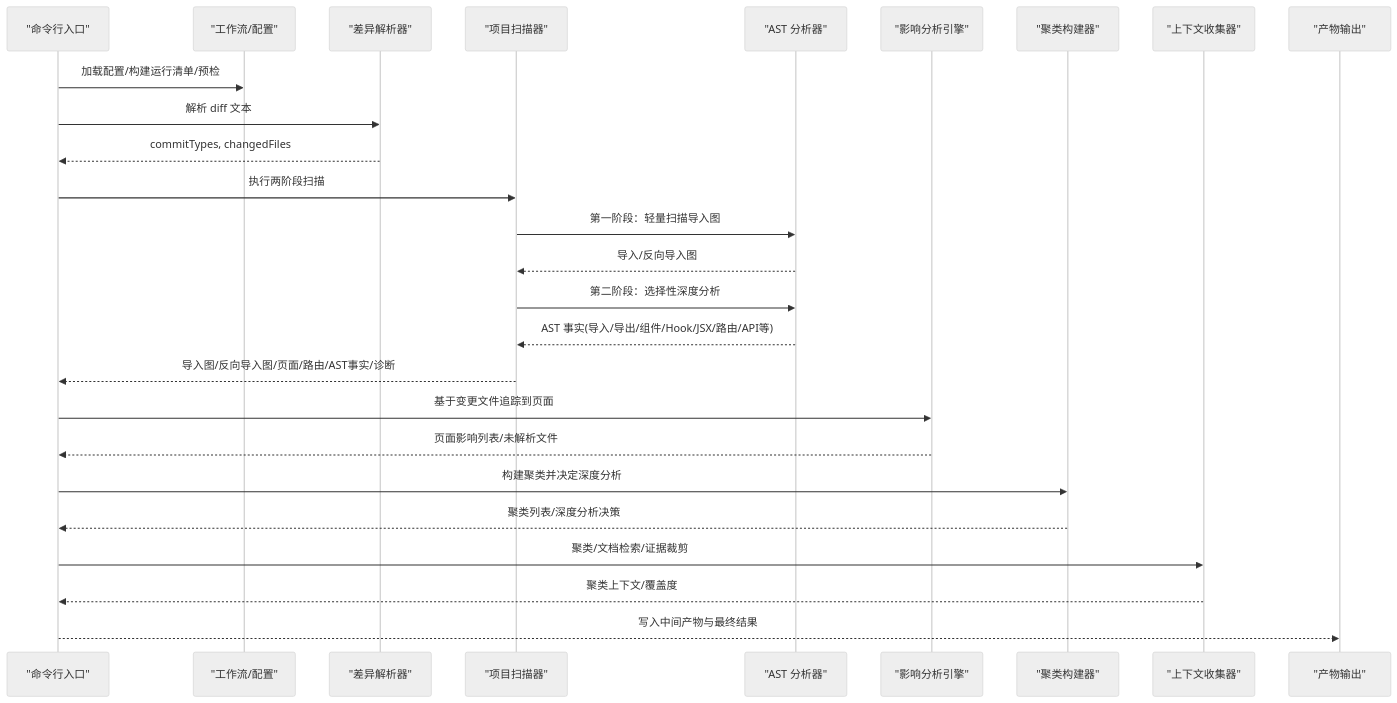
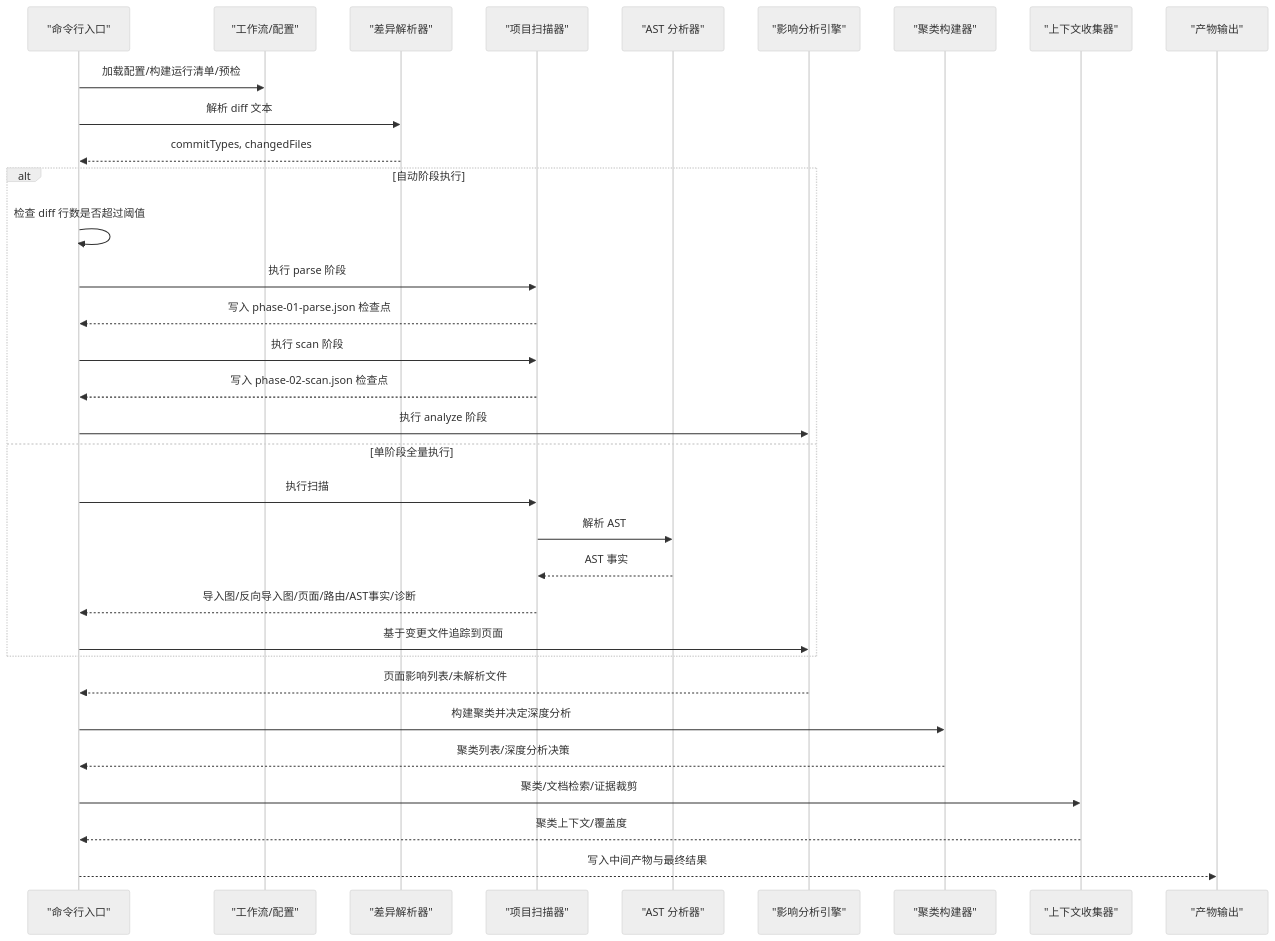
Before and after one commit to brand-new-remo/frontend-impact-analyzer: the second of 8 diagrams in .qoder/repowiki/zh/content/高级用法/性能优化.md, drawn with Mermaid (neutral theme). The commit also changed other lines of this file and 8 other files, not shown here.

````diff
--- a/.qoder/repowiki/zh/content/高级用法/性能优化.md
+++ b/.qoder/repowiki/zh/content/高级用法/性能优化.md
@@ -112,28 +115,35 @@
 ```mermaid
 sequenceDiagram
 participant CLI as "命令行入口"
 participant WF as "工作流/配置"
 participant DP as "差异解析器"
 participant PS as "项目扫描器"
 participant AST as "AST 分析器"
 participant IE as "影响分析引擎"
 participant CB as "聚类构建器"
 participant CC as "上下文收集器"
 participant OUT as "产物输出"
 CLI->>WF : 加载配置/构建运行清单/预检
 CLI->>DP : 解析 diff 文本
 DP-->>CLI : commitTypes, changedFiles
-CLI->>PS : 执行两阶段扫描
-PS->>AST : 第一阶段：轻量扫描导入图
-AST-->>PS : 导入/反向导入图
-PS->>AST : 第二阶段：选择性深度分析
-AST-->>PS : AST 事实(导入/导出/组件/Hook/JSX/路由/API等)
+alt 自动阶段执行
+CLI->>CLI : 检查 diff 行数是否超过阈值
+CLI->>PS : 执行 parse 阶段
+PS-->>CLI : 写入 phase-01-parse.json 检查点
+CLI->>PS : 执行 scan 阶段
+PS-->>CLI : 写入 phase-02-scan.json 检查点
+CLI->>IE : 执行 analyze 阶段
+else 单阶段全量执行
+CLI->>PS : 执行扫描
+PS->>AST : 解析 AST
+AST-->>PS : AST 事实
 PS-->>CLI : 导入图/反向导入图/页面/路由/AST事实/诊断
 CLI->>IE : 基于变更文件追踪到页面
+end
 IE-->>CLI : 页面影响列表/未解析文件
 CLI->>CB : 构建聚类并决定深度分析
 CB-->>CLI : 聚类列表/深度分析决策
 CLI->>CC : 聚类/文档检索/证据裁剪
 CC-->>CLI : 聚类上下文/覆盖度
 CLI-->>OUT : 写入中间产物与最终结果
 ```
````
